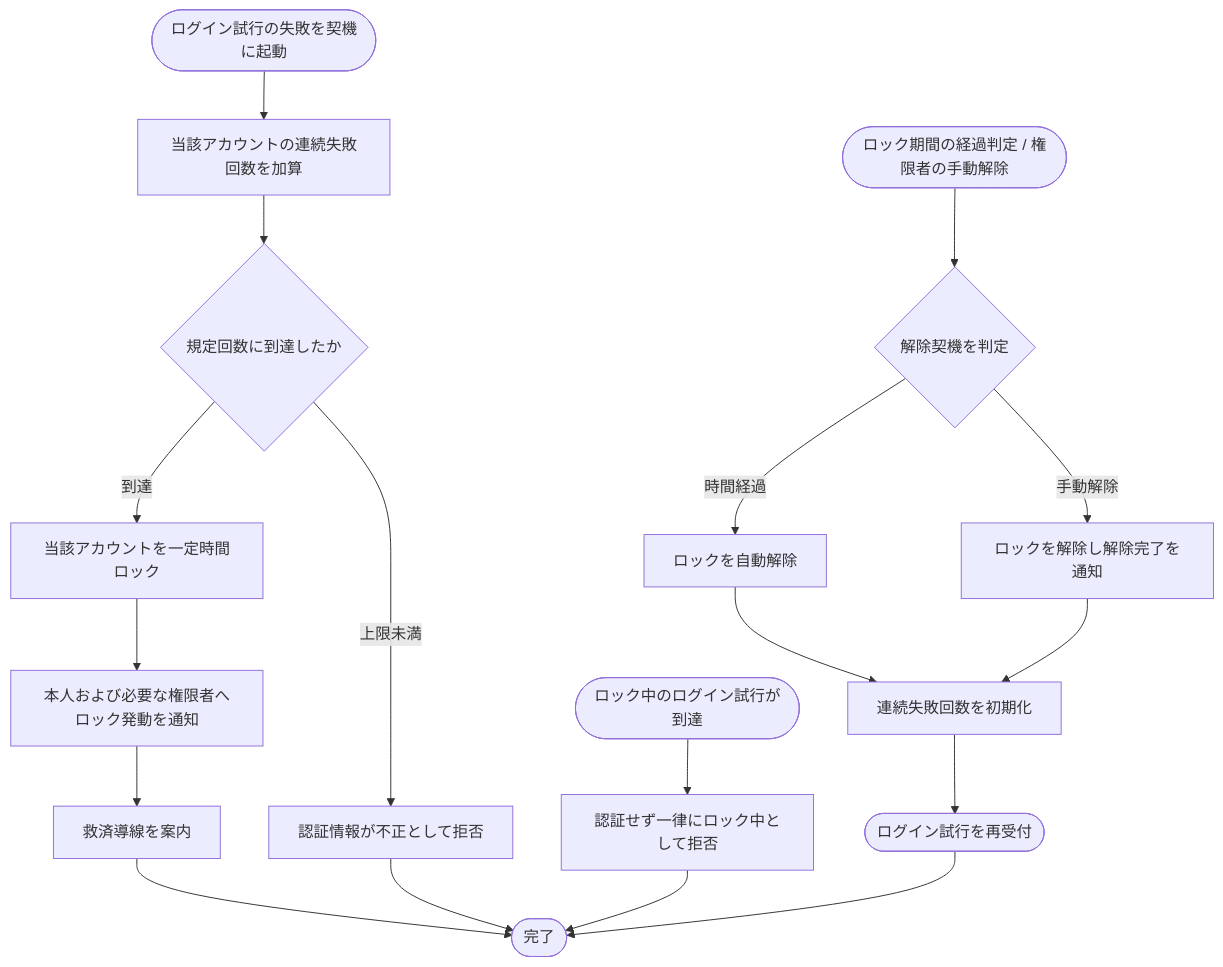
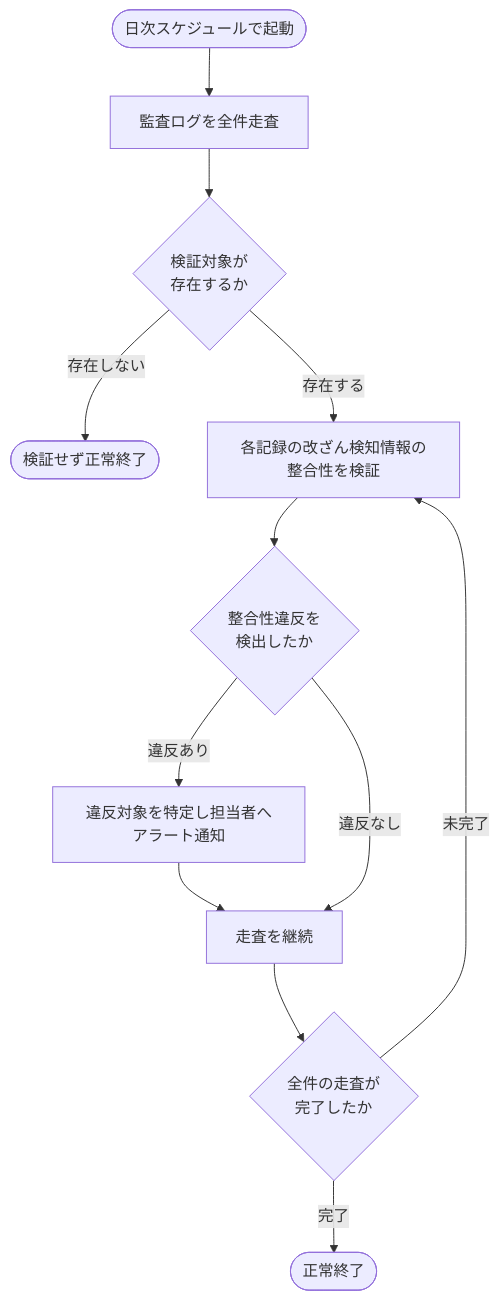
Before and after one commit to sikakou54/open-faq: the diagram in 02_basic_design/02_backend/01_system/SYS-031.md, drawn with Mermaid. The commit also changed other lines of this file and 395 other files, not shown here.

````diff
--- a/02_basic_design/02_backend/01_system/SYS-031.md
+++ b/02_basic_design/02_backend/01_system/SYS-031.md
@@ -29,20 +27,14 @@
 ```mermaid
 flowchart TB
-  S([ログイン試行の失敗を契機に起動]) --> A[当該アカウントの連続失敗回数を加算]
-  A --> B{規定回数に到達したか}
-  B -- 到達 --> C[当該アカウントを一定時間ロック]
-  C --> D[本人および必要な権限者へロック発動を通知]
-  D --> E[救済導線を案内]
-  B -- 上限未満 --> F[認証情報が不正として拒否]
-  G([ロック中のログイン試行が到達]) --> H[認証せず一律にロック中として拒否]
-  I([ロック期間の経過判定 / 権限者の手動解除]) --> J{解除契機を判定}
-  J -- 時間経過 --> K[ロックを自動解除]
-  J -- 手動解除 --> L[ロックを解除し解除完了を通知]
-  K --> M[連続失敗回数を初期化]
-  L --> M
-  M --> N([ログイン試行を再受付])
-  E --> Z([完了])
-  F --> Z
-  H --> Z
-  N --> Z
+  S([日次スケジュールで起動]) --> A[監査ログを全件走査]
+  A --> B{検証対象が<br/>存在するか}
+  B -- 存在しない --> Z([検証せず正常終了])
+  B -- 存在する --> C[各記録の改ざん検知情報の整合性を検証]
+  C --> D{整合性違反を<br/>検出したか}
+  D -- 違反あり --> E[違反対象を特定し担当者へアラート通知]
+  E --> F[走査を継続]
+  D -- 違反なし --> F
+  F --> G{全件の走査が<br/>完了したか}
+  G -- 未完了 --> C
+  G -- 完了 --> H([正常終了])
 ```
````
